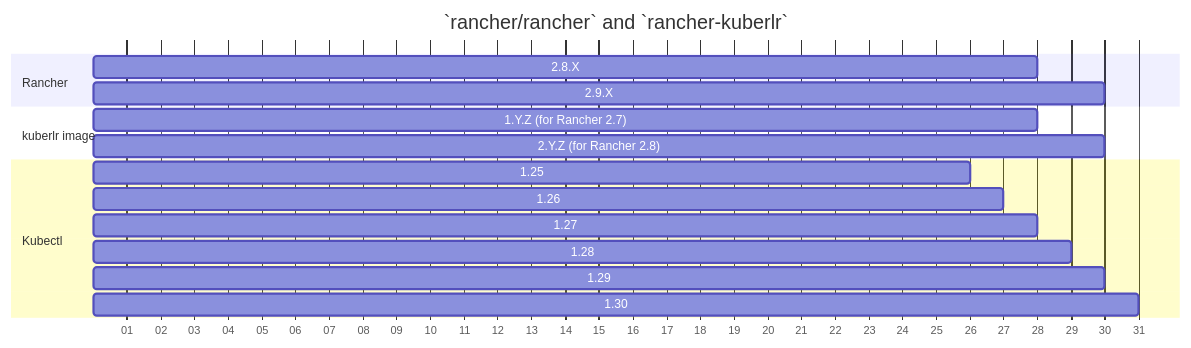
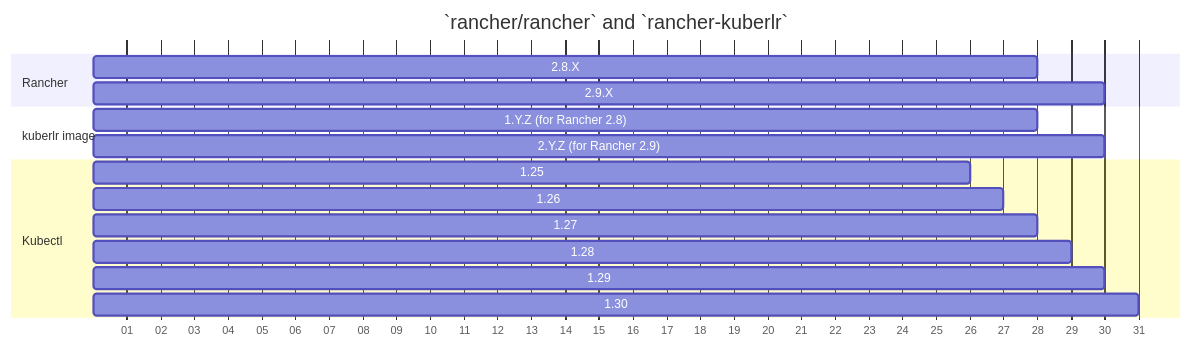
Before and after one commit to mallardduck/rancher-kuberlr: the second of 2 diagrams in README.md, drawn with Mermaid. The commit also changed other lines of this file and 1 other file, not shown here.

````diff
--- a/README.md
+++ b/README.md
@@ -42,22 +47,22 @@
 ```mermaid
 
 gantt
     title `rancher/rancher` and `rancher-kuberlr`
     todayMarker off
     dateFormat X
     axisFormat %S
     tickInterval 1second
     section Rancher
         2.8.X           :25,28
         2.9.X           :27,30
     section kuberlr image
-        1.Y.Z (for Rancher 2.7)   :25,28
-        2.Y.Z (for Rancher 2.8)   :27,30
+        1.Y.Z (for Rancher 2.8)   :25,28
+        2.Y.Z (for Rancher 2.9)   :27,30
     section Kubectl
         1.25              :24,26
         1.26              :25,27
         1.27              :26,28
         1.28              :27,29
         1.29              :28,30
         1.30              :29,31
 ```
````
